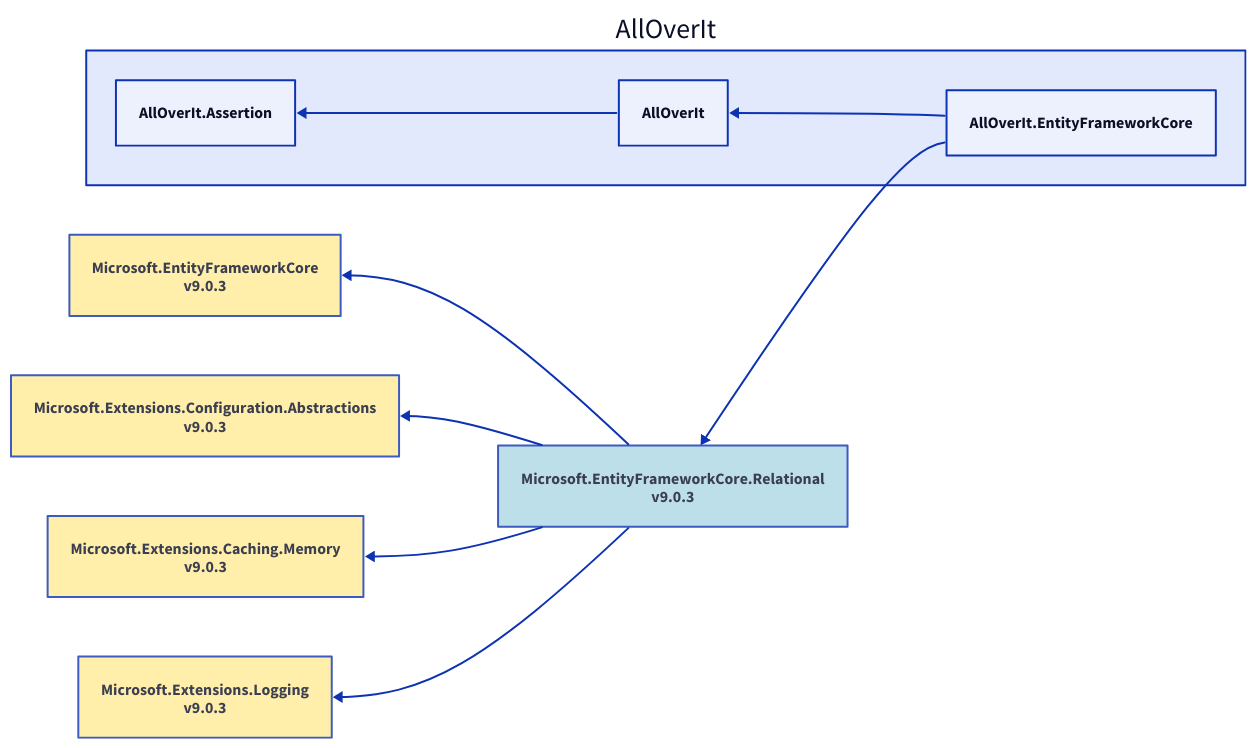
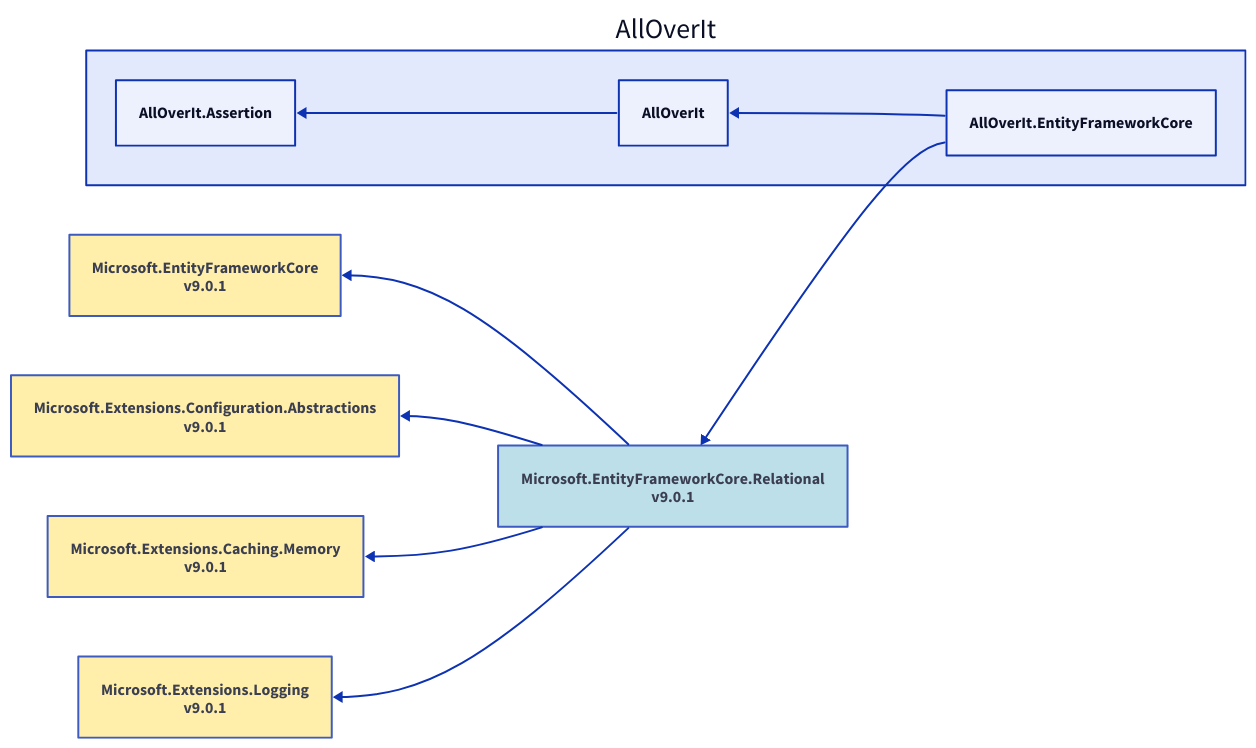
One commit to mjfreelancing/AllOverIt changed the diagram in Docs/Reference/Content/images/dependencies/net8.0/alloverit-entityframeworkcore.d2. Above: the diagram before and after it, drawn with D2. The commit also changed 65 other files, not shown here.

```diff
--- a/Docs/Reference/Content/images/dependencies/net8.0/alloverit-entityframeworkcore.d2
+++ b/Docs/Reference/Content/images/dependencies/net8.0/alloverit-entityframeworkcore.d2
@@ -1,28 +1,28 @@
 direction: left
 
 aoi: AllOverIt
 aoi.alloverit-entityframeworkcore: AllOverIt.EntityFrameworkCore
-microsoft-entityframeworkcore-relational_9-0-3: Microsoft.EntityFrameworkCore.Relational\nv9.0.3
-microsoft-entityframeworkcore-relational_9-0-3.style.fill: "#ADD8E6"
-microsoft-entityframeworkcore-relational_9-0-3.style.opacity: 0.8
-microsoft-entityframeworkcore_9-0-3: Microsoft.EntityFrameworkCore\nv9.0.3
-microsoft-entityframeworkcore_9-0-3.style.fill: "#FFEC96"
-microsoft-entityframeworkcore_9-0-3.style.opacity: 0.8
-microsoft-entityframeworkcore_9-0-3 <- microsoft-entityframeworkcore-relational_9-0-3
-microsoft-extensions-configuration-abstractions_9-0-3: Microsoft.Extensions.Configuration.Abstractions\nv9.0.3
-microsoft-extensions-configuration-abstractions_9-0-3.style.fill: "#FFEC96"
-microsoft-extensions-configuration-abstractions_9-0-3.style.opacity: 0.8
-microsoft-extensions-configuration-abstractions_9-0-3 <- microsoft-entityframeworkcore-relational_9-0-3
-microsoft-extensions-caching-memory_9-0-3: Microsoft.Extensions.Caching.Memory\nv9.0.3
-microsoft-extensions-caching-memory_9-0-3.style.fill: "#FFEC96"
-microsoft-extensions-caching-memory_9-0-3.style.opacity: 0.8
-microsoft-extensions-caching-memory_9-0-3 <- microsoft-entityframeworkcore-relational_9-0-3
-microsoft-extensions-logging_9-0-3: Microsoft.Extensions.Logging\nv9.0.3
-microsoft-extensions-logging_9-0-3.style.fill: "#FFEC96"
-microsoft-extensions-logging_9-0-3.style.opacity: 0.8
-microsoft-extensions-logging_9-0-3 <- microsoft-entityframeworkcore-relational_9-0-3
-microsoft-entityframeworkcore-relational_9-0-3 <- aoi.alloverit-entityframeworkcore
+microsoft-entityframeworkcore-relational_9-0-1: Microsoft.EntityFrameworkCore.Relational\nv9.0.1
+microsoft-entityframeworkcore-relational_9-0-1.style.fill: "#ADD8E6"
+microsoft-entityframeworkcore-relational_9-0-1.style.opacity: 0.8
+microsoft-entityframeworkcore_9-0-1: Microsoft.EntityFrameworkCore\nv9.0.1
+microsoft-entityframeworkcore_9-0-1.style.fill: "#FFEC96"
+microsoft-entityframeworkcore_9-0-1.style.opacity: 0.8
+microsoft-entityframeworkcore_9-0-1 <- microsoft-entityframeworkcore-relational_9-0-1
+microsoft-extensions-configuration-abstractions_9-0-1: Microsoft.Extensions.Configuration.Abstractions\nv9.0.1
+microsoft-extensions-configuration-abstractions_9-0-1.style.fill: "#FFEC96"
+microsoft-extensions-configuration-abstractions_9-0-1.style.opacity: 0.8
+microsoft-extensions-configuration-abstractions_9-0-1 <- microsoft-entityframeworkcore-relational_9-0-1
+microsoft-extensions-caching-memory_9-0-1: Microsoft.Extensions.Caching.Memory\nv9.0.1
+microsoft-extensions-caching-memory_9-0-1.style.fill: "#FFEC96"
+microsoft-extensions-caching-memory_9-0-1.style.opacity: 0.8
+microsoft-extensions-caching-memory_9-0-1 <- microsoft-entityframeworkcore-relational_9-0-1
+microsoft-extensions-logging_9-0-1: Microsoft.Extensions.Logging\nv9.0.1
+microsoft-extensions-logging_9-0-1.style.fill: "#FFEC96"
+microsoft-extensions-logging_9-0-1.style.opacity: 0.8
+microsoft-extensions-logging_9-0-1 <- microsoft-entityframeworkcore-relational_9-0-1
+microsoft-entityframeworkcore-relational_9-0-1 <- aoi.alloverit-entityframeworkcore
 aoi.alloverit: AllOverIt
 aoi.alloverit-assertion: AllOverIt.Assertion
 aoi.alloverit-assertion <- aoi.alloverit
 aoi.alloverit <- aoi.alloverit-entityframeworkcore
```
